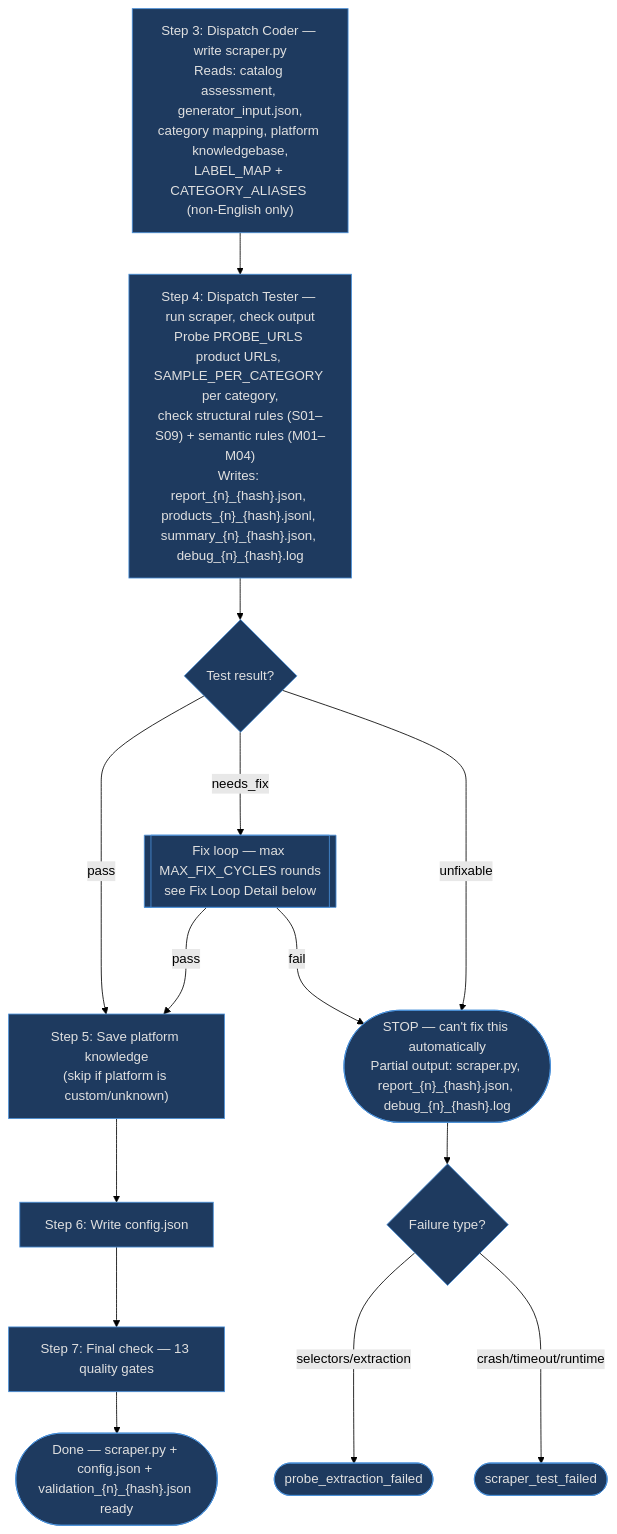
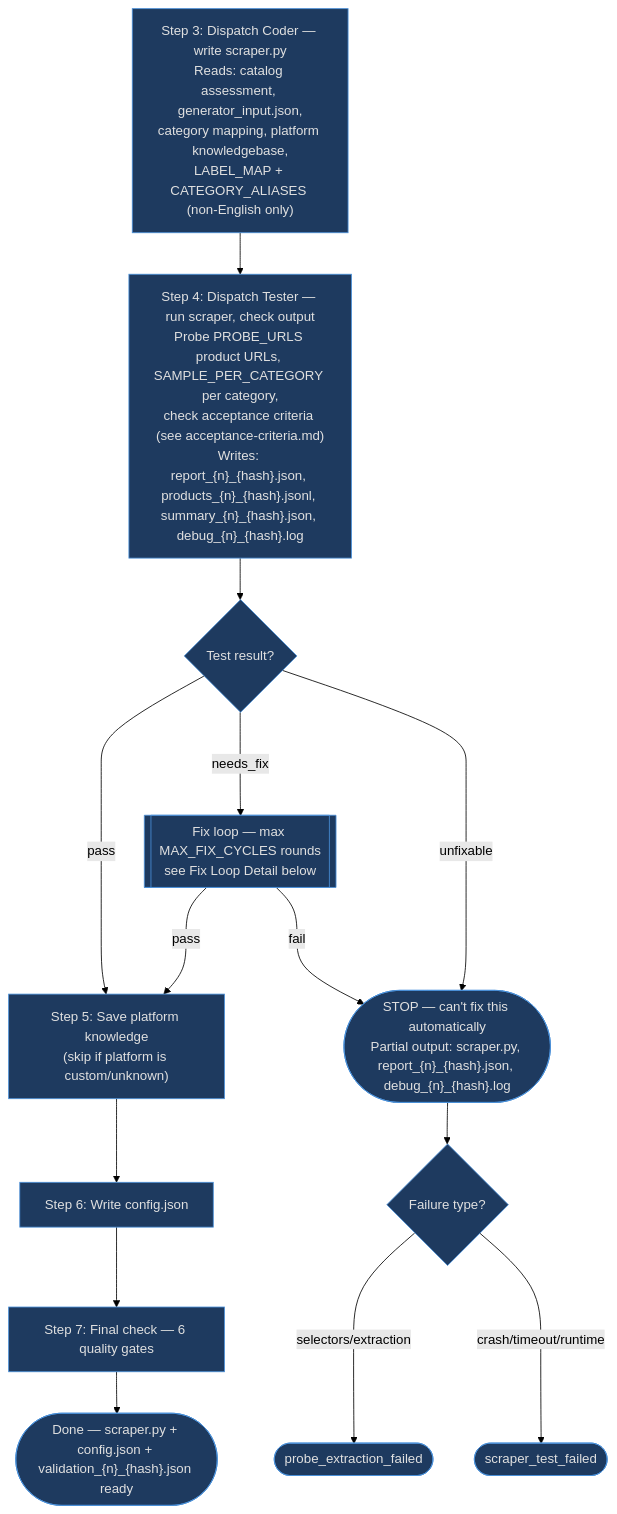
One commit to oginskis/dark-factory changed the second of 3 diagrams in .claude/skills/scraper-generator/references/orchestrator.md. Above: the diagram before and after it, drawn with Mermaid (forest theme). The commit also changed other lines of this file and 260 other files, not shown here.

First line of the commit message:
Acceptance criteria as single source of truth for scraper-generator

````diff
--- a/.claude/skills/scraper-generator/references/orchestrator.md
+++ b/.claude/skills/scraper-generator/references/orchestrator.md
@@ -82,18 +77,18 @@
 ```mermaid
 flowchart TD
     S3["Step 3: Dispatch Coder — write scraper.py<br/>Reads: catalog assessment, generator_input.json,<br/>category mapping, platform knowledgebase,<br/>LABEL_MAP + CATEGORY_ALIASES (non-English only)"]
-    S3 --> S4["Step 4: Dispatch Tester — run scraper, check output<br/>Probe PROBE_URLS product URLs, SAMPLE_PER_CATEGORY per category,<br/>check structural rules (S01–S09) + semantic rules (M01–M04)<br/>Writes: report_{n}_{hash}.json, products_{n}_{hash}.jsonl, summary_{n}_{hash}.json, debug_{n}_{hash}.log"]
+    S3 --> S4["Step 4: Dispatch Tester — run scraper, check output<br/>Probe PROBE_URLS product URLs, SAMPLE_PER_CATEGORY per category,<br/>check acceptance criteria (see acceptance-criteria.md)<br/>Writes: report_{n}_{hash}.json, products_{n}_{hash}.jsonl, summary_{n}_{hash}.json, debug_{n}_{hash}.log"]
     S4 --> S4R{"Test result?"}
     S4R --->|pass| S5["Step 5: Save platform knowledge<br/>(skip if platform is custom/unknown)"]
     S4R --->|needs_fix| FIX[["Fix loop — max MAX_FIX_CYCLES rounds<br/>see Fix Loop Detail below"]]
     S4R --->|unfixable| ESC(["STOP — can't fix this automatically<br/>Partial output: scraper.py, report_{n}_{hash}.json, debug_{n}_{hash}.log"])
     FIX --->|pass| S5
     FIX --->|fail| ESC
     S5 --> S6["Step 6: Write config.json"]
-    S6 --> S7["Step 7: Final check — 13 quality gates"]
+    S6 --> S7["Step 7: Final check — 6 quality gates"]
     S7 --> DONE(["Done — scraper.py + config.json + validation_{n}_{hash}.json ready"])
     ESC --> ESCR{"Failure type?"}
     ESCR --->|"selectors/extraction"| ESC_A(["probe_extraction_failed"])
     ESCR --->|"crash/timeout/runtime"| ESC_B(["scraper_test_failed"])
     classDef default fill:#1e3a5f,stroke:#4a90d9,color:#e0e0e0
 ```
````
